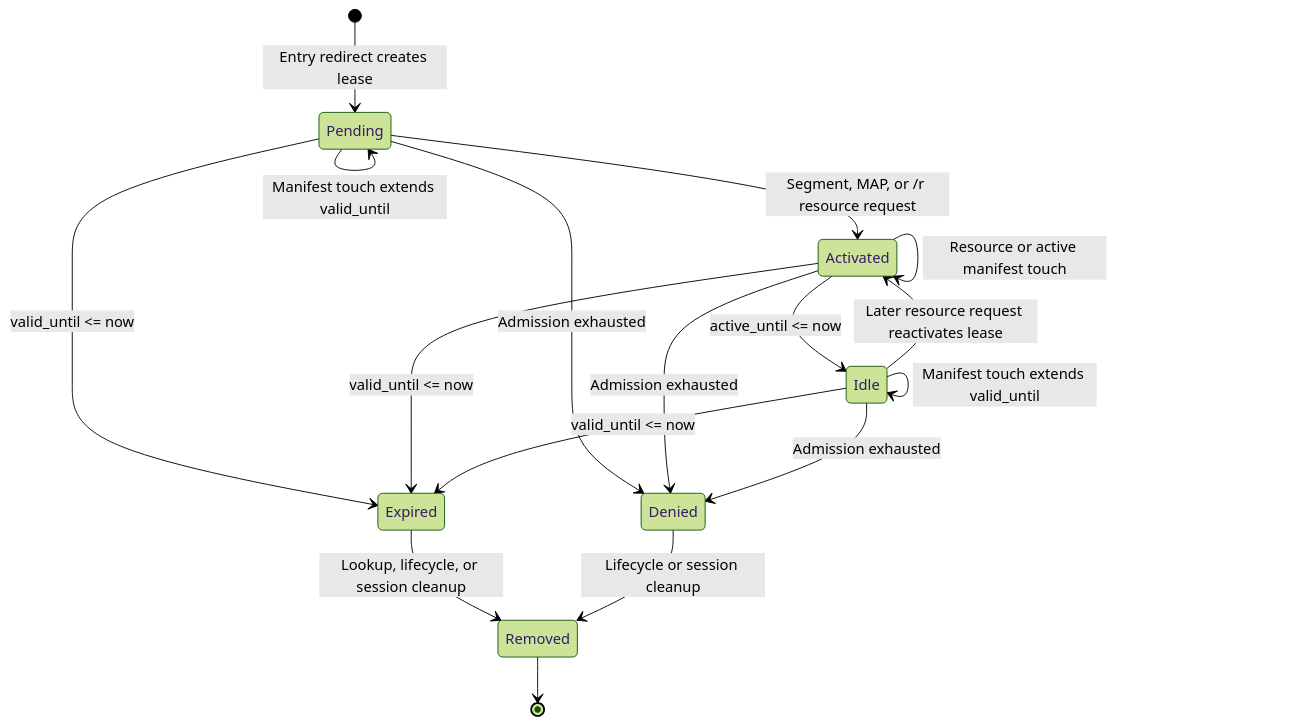
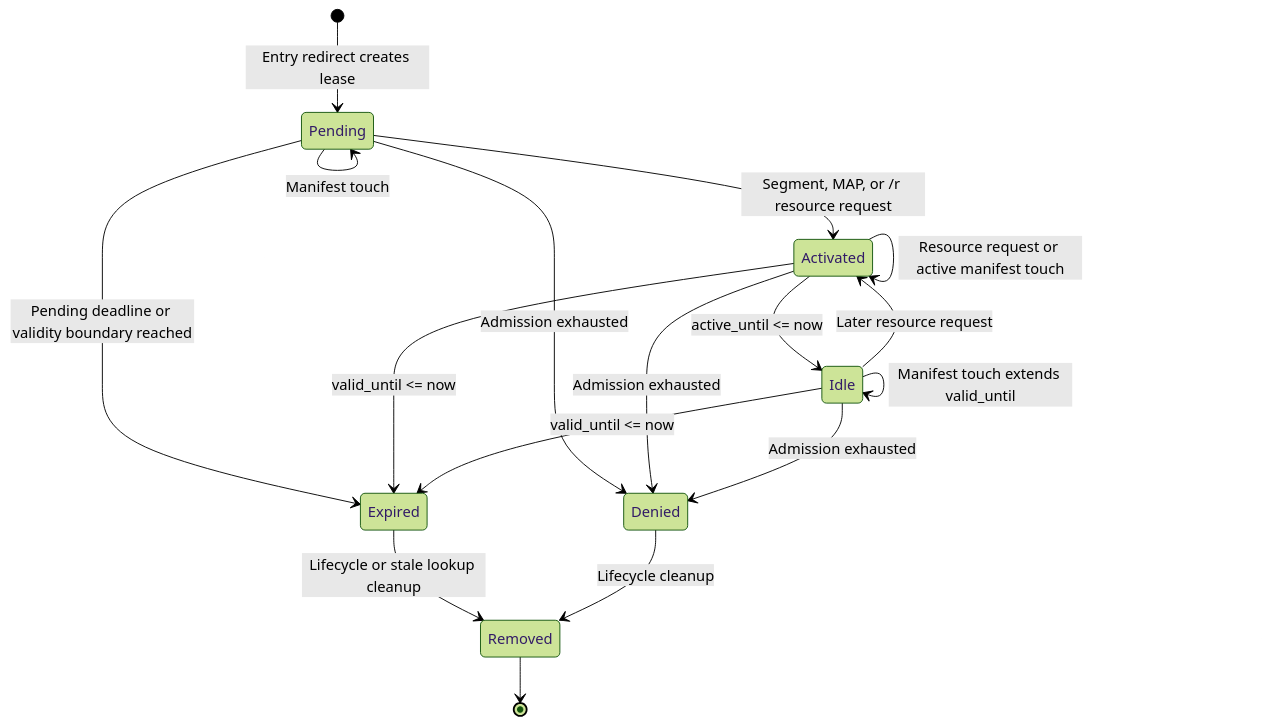
One commit to euzu/tuliprox changed the second of 4 diagrams in docs/src/configuration/hls-cache-state-machine.md. Above: the diagram before and after it, drawn with Mermaid (forest theme). The commit also changed other lines of this file and 7 other files, not shown here.

````diff
--- a/docs/src/configuration/hls-cache-state-machine.md
+++ b/docs/src/configuration/hls-cache-state-machine.md
@@ -71,23 +70,23 @@
 ```mermaid
 stateDiagram-v2
     [*] --> Pending: Entry redirect creates lease
 
-    Pending --> Pending: Manifest touch extends valid_until
+    Pending --> Pending: Manifest touch
     Pending --> Activated: Segment, MAP, or /r resource request
     Pending --> Denied: Admission exhausted
-    Pending --> Expired: valid_until <= now
+    Pending --> Expired: Pending deadline or validity boundary reached
 
-    Activated --> Activated: Resource or active manifest touch
+    Activated --> Activated: Resource request or active manifest touch
     Activated --> Idle: active_until <= now
     Activated --> Expired: valid_until <= now
     Activated --> Denied: Admission exhausted
 
     Idle --> Idle: Manifest touch extends valid_until
-    Idle --> Activated: Later resource request reactivates lease
+    Idle --> Activated: Later resource request
     Idle --> Expired: valid_until <= now
     Idle --> Denied: Admission exhausted
 
-    Expired --> Removed: Lookup, lifecycle, or session cleanup
-    Denied --> Removed: Lifecycle or session cleanup
+    Expired --> Removed: Lifecycle or stale lookup cleanup
+    Denied --> Removed: Lifecycle cleanup
     Removed --> [*]
 ```
````
